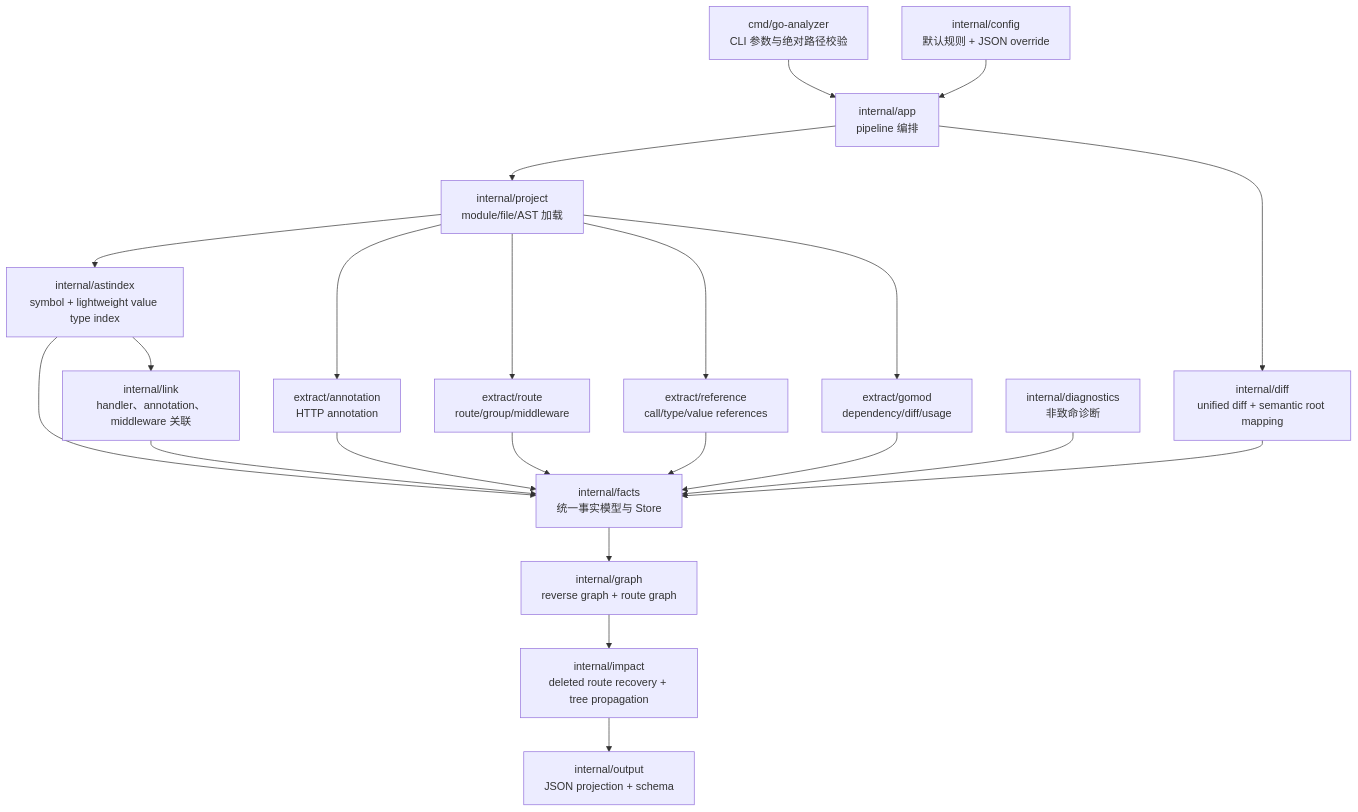
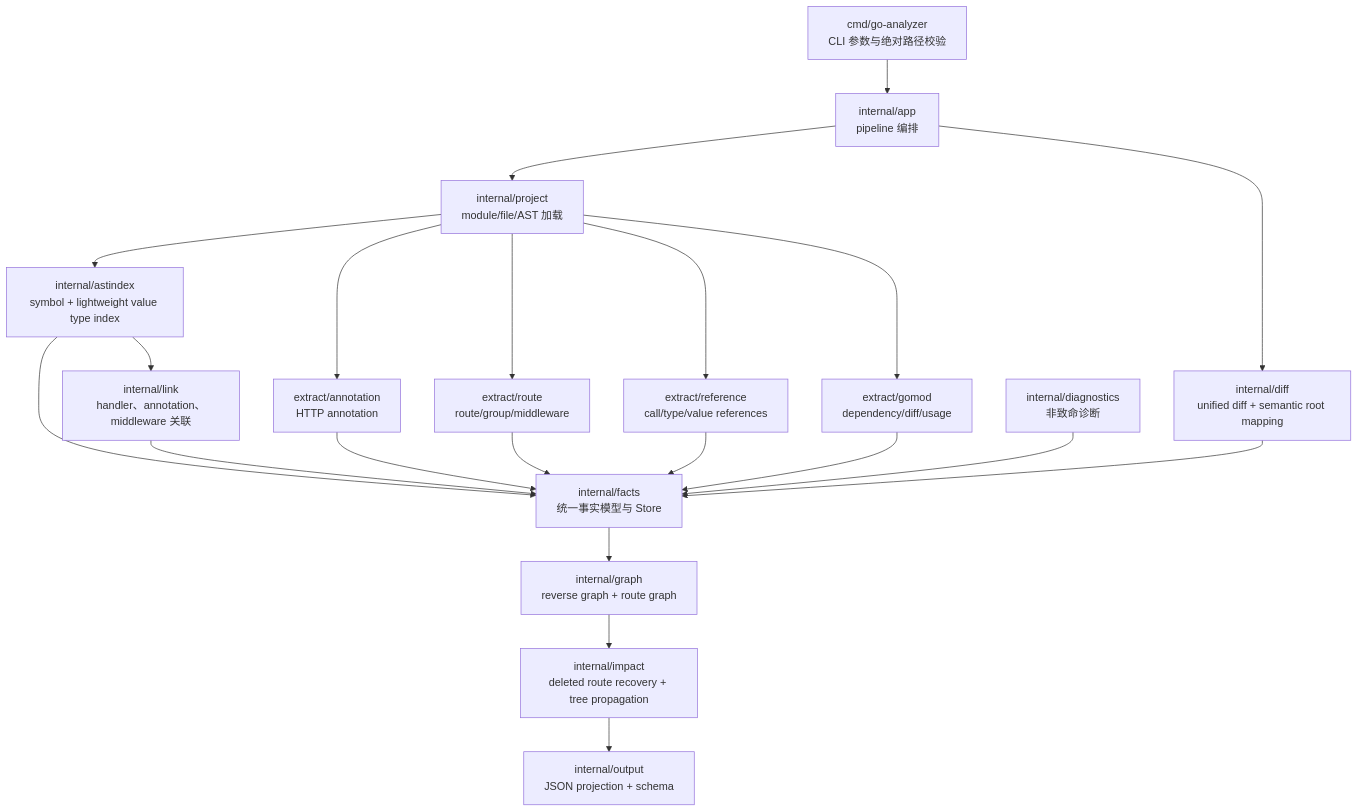
The second of 5 diagrams in ARCHITECTURE.md (Flying-Bird1999/go-analyzer), drawn with Mermaid before and after one commit. The commit also changed other lines of this file and 54 other files, not shown here.

````diff
--- a/ARCHITECTURE.md
+++ b/ARCHITECTURE.md
@@ -112,41 +110,39 @@
 ```mermaid
 flowchart TB
     CLI["cmd/go-analyzer<br/>CLI 参数与绝对路径校验"]
     APP["internal/app<br/>pipeline 编排"]
-    CONFIG["internal/config<br/>默认规则 + JSON override"]
     PROJECT["internal/project<br/>module/file/AST 加载"]
     INDEX["internal/astindex<br/>symbol + lightweight value type index"]
     FACTS["internal/facts<br/>统一事实模型与 Store"]
     ANNO["extract/annotation<br/>HTTP annotation"]
     ROUTE["extract/route<br/>route/group/middleware"]
     REF["extract/reference<br/>call/type/value references"]
     GOMOD["extract/gomod<br/>dependency/diff/usage"]
     LINK["internal/link<br/>handler、annotation、middleware 关联"]
     DIFF["internal/diff<br/>unified diff + semantic root mapping"]
     GRAPH["internal/graph<br/>reverse graph + route graph"]
     IMPACT["internal/impact<br/>deleted route recovery + tree propagation"]
     OUTPUT["internal/output<br/>JSON projection + schema"]
     DIAG["internal/diagnostics<br/>非致命诊断"]
 
     CLI --> APP
-    CONFIG --> APP
     APP --> PROJECT
     PROJECT --> INDEX
     INDEX --> FACTS
     PROJECT --> ANNO
     PROJECT --> ROUTE
     PROJECT --> REF
     PROJECT --> GOMOD
     ANNO --> FACTS
     ROUTE --> FACTS
     REF --> FACTS
     GOMOD --> FACTS
     INDEX --> LINK
     LINK --> FACTS
     APP --> DIFF
     DIFF --> FACTS
     FACTS --> GRAPH
     GRAPH --> IMPACT
     IMPACT --> OUTPUT
     DIAG --> FACTS
 ```
````
